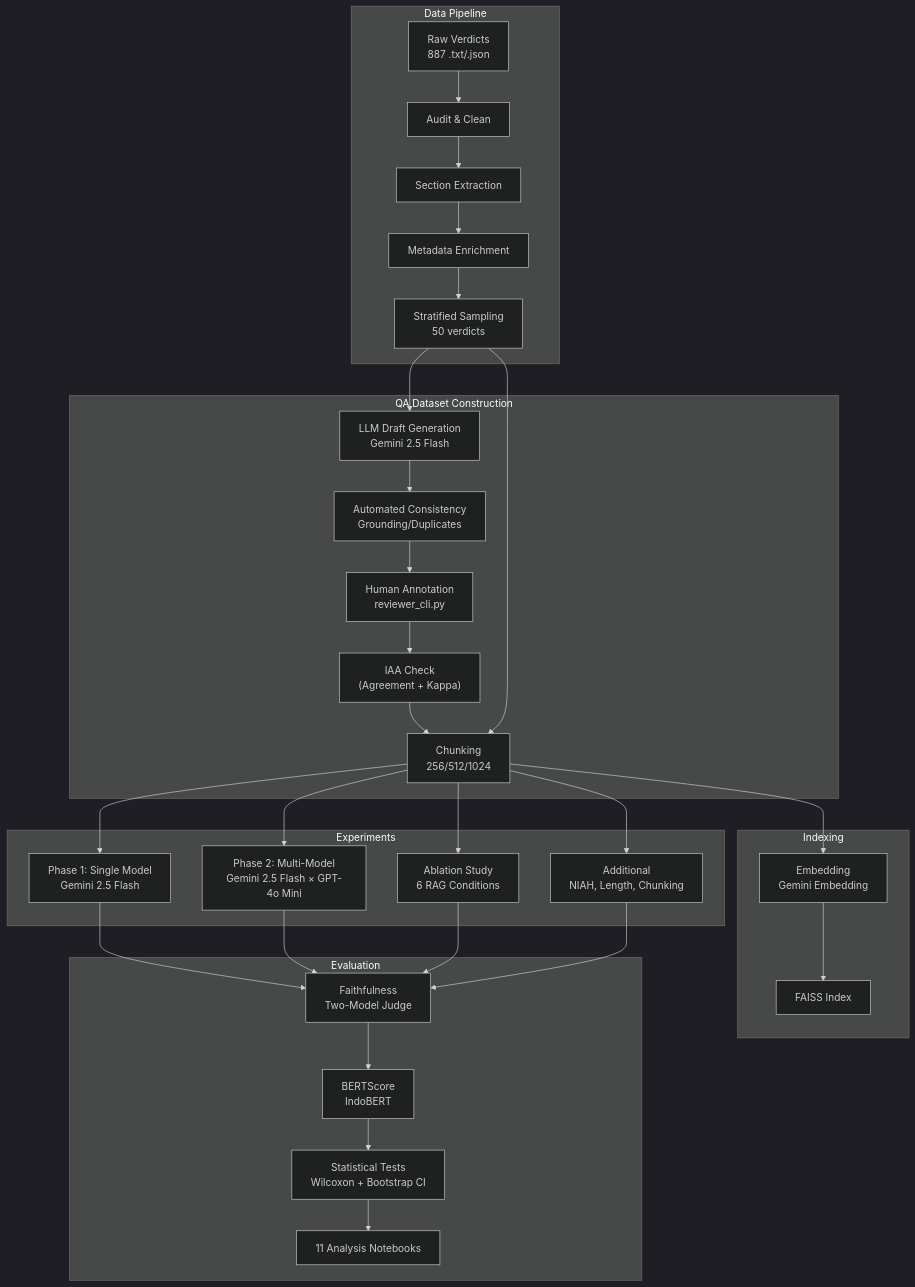
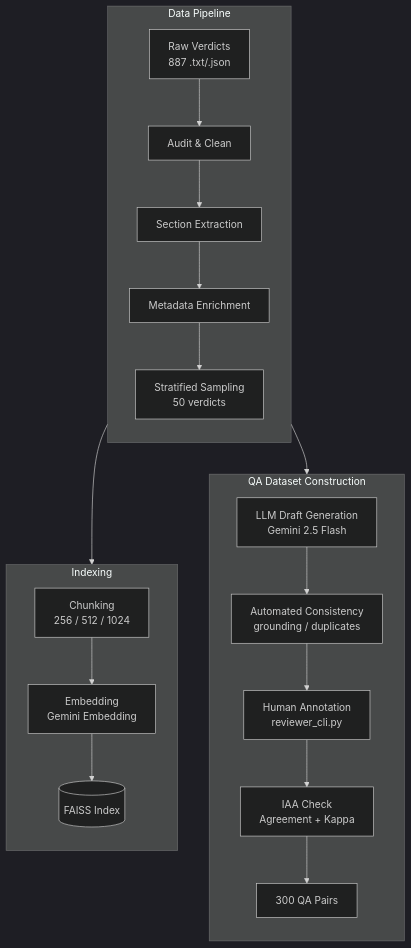
The first of 4 diagrams in README.md (Shiverion/VerdictBench-LCvsRAG), drawn with Mermaid (dark theme) before and after one commit. The commit also changed other lines of this file, not shown here.

Commit message:
docs(readme): redraw system design diagrams in Mermaid

````diff
--- a/README.md
+++ b/README.md
@@ -98,37 +98,27 @@
 ```mermaid
-graph TB
-    subgraph "Data Pipeline"
-        A[Raw Verdicts<br/>887 .txt/.json] --> B[Audit & Clean]
-        B --> C[Section Extraction]
-        C --> D[Metadata Enrichment]
-        D --> E[Stratified Sampling<br/>50 verdicts]
+flowchart TD
+    subgraph data["Data Pipeline"]
+        direction TB
+        Raw["Raw Verdicts<br/>887 .txt/.json"] --> Audit["Audit & Clean"]
+        Audit --> Sections["Section Extraction"]
+        Sections --> Metadata["Metadata Enrichment"]
+        Metadata --> Sample["Stratified Sampling<br/>50 verdicts"]
     end
 
-    subgraph "QA Dataset Construction"
-        E --> F[LLM Draft Generation<br/>Gemini 2.5 Flash]
-        F --> G[Automated Consistency<br/>Grounding/Duplicates]
-        G --> H[Human Annotation<br/>reviewer_cli.py]
-        H --> I["IAA Check<br/>(Agreement + Kappa)"]
-        I --> J[300 QA Pairs]
+    subgraph qa["QA Dataset Construction"]
+        direction TB
+        Draft["LLM Draft Generation<br/>Gemini 2.5 Flash"] --> Checks["Automated Consistency<br/>grounding / duplicates"]
+        Checks --> Human["Human Annotation<br/>reviewer_cli.py"]
+        Human --> IAA["IAA Check<br/>Agreement + Kappa"]
+        IAA --> Pairs["300 QA Pairs"]
     end
 
-    subgraph "Indexing"
-        E --> J[Chunking<br/>256/512/1024]
-        J --> K[Embedding<br/>Gemini Embedding]
-        K --> L[FAISS Index]
+    subgraph indexing["Indexing"]
+        direction TB
+        Chunk["Chunking<br/>256 / 512 / 1024"] --> Embed["Embedding<br/>Gemini Embedding"]
+        Embed --> Faiss[("FAISS Index")]
     end
 
-    subgraph "Experiments"
-        J --> M[Phase 1: Single Model<br/>Gemini 2.5 Flash]
-        J --> N[Phase 2: Multi-Model<br/>Gemini 2.5 Flash × GPT-4o Mini]
-        J --> O[Ablation Study<br/>6 RAG Conditions]
-        J --> P[Additional<br/>NIAH, Length, Chunking]
-    end
-
-    subgraph "Evaluation"
-        M & N & O & P --> Q[Faithfulness<br/>Two-Model Judge]
-        Q --> R[BERTScore<br/>IndoBERT]
-        R --> S[Statistical Tests<br/>Wilcoxon + Bootstrap CI]
-        S --> T[11 Analysis Notebooks]
-    end
+    Sample --> Draft
+    Sample --> Chunk
 ```
````
